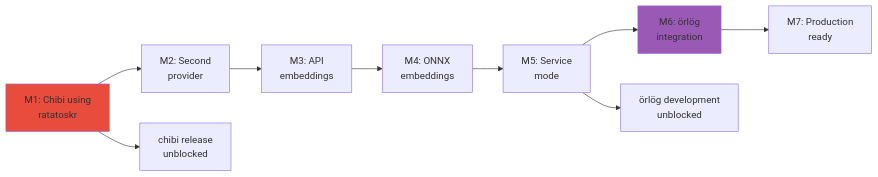
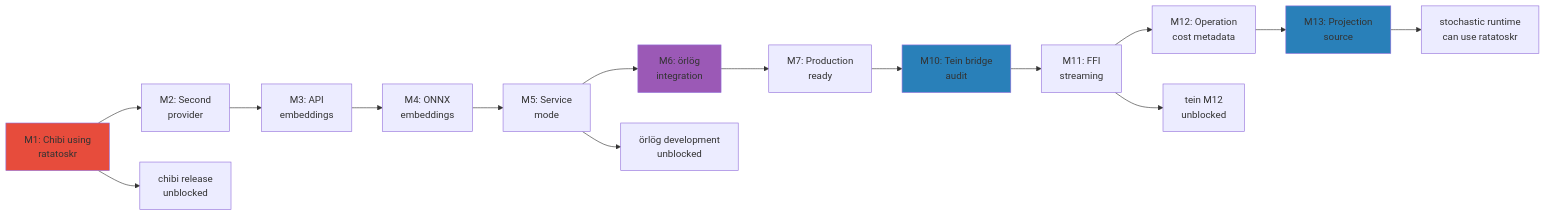
Diagram 17 of 19 in docs/plans/ROADMAP-diagrams.md (emesal/ratatoskr), drawn with Mermaid before and after one commit. The commit also changed other lines of this file and 1 other file, not shown here.

Commit message:
update roadmap after strategy discussions

````diff
--- a/docs/plans/ROADMAP-diagrams.md
+++ b/docs/plans/ROADMAP-diagrams.md
@@ -505,15 +526,23 @@
 ```mermaid
 flowchart LR
     M1[M1: Chibi using<br/>ratatoskr] --> M2[M2: Second<br/>provider]
     M2 --> M3[M3: API<br/>embeddings]
     M3 --> M4[M4: ONNX<br/>embeddings]
     M4 --> M5[M5: Service<br/>mode]
     M5 --> M6[M6: örlög<br/>integration]
     M6 --> M7[M7: Production<br/>ready]
+    M7 --> M10[M10: Tein bridge<br/>audit]
+    M10 --> M11[M11: FFI<br/>streaming]
+    M11 --> M12r[M12: Operation<br/>cost metadata]
+    M12r --> M13[M13: Projection<br/>source]
 
     M1 --> ChibiReady[chibi release<br/>unblocked]
     M5 --> OrlogReady[örlög development<br/>unblocked]
+    M11 --> TeinReady[tein M12<br/>unblocked]
+    M13 --> StochasticReady[stochastic runtime<br/>can use ratatoskr]
 
     style M1 fill:#e74c3c
     style M6 fill:#9b59b6
+    style M10 fill:#2980b9
+    style M13 fill:#2980b9
 ```
````
